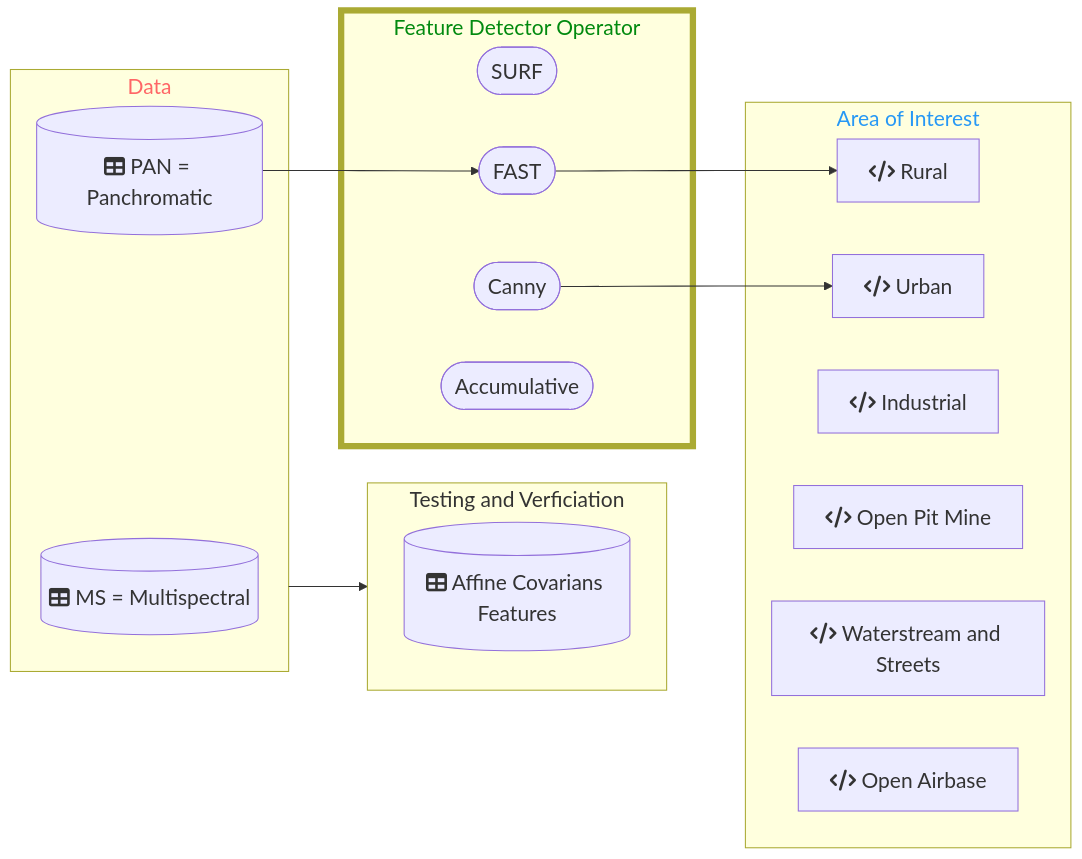
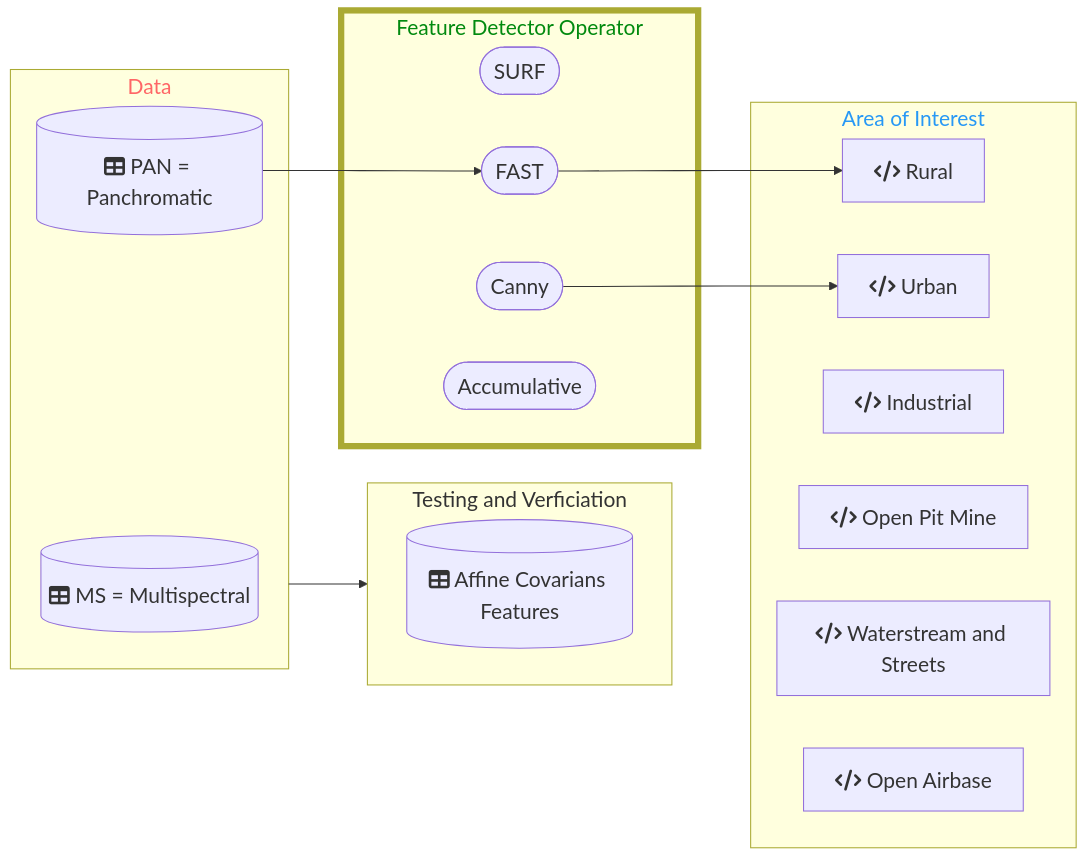
One commit to DippoldEJ/Feature-Detection-and-Explanation changed the diagram in Application/README.md. Above: the diagram before and after it, drawn with Mermaid.

````diff
--- a/Application/README.md
+++ b/Application/README.md
@@ -13,44 +13,45 @@
 ```mermaid
 flowchart LR;
 %%{init: {
 	'themeVariables': { 'fontSize': '20px', 'fontFamily': 'Didot'}
 	}
 }%%
 
  subgraph n[Data]
         g[(fa:fa-table MS = Multispectral)]
         h[(fa:fa-table PAN = Panchromatic)]
     end
 
  subgraph q[Testing and Verficiation]
+        direction RL
         r[(fa:fa-table Affine Covarians Features)]
     end
 
  subgraph o[Feature Detector Operator]
         j([SURF])
         k([FAST])
         l([Canny])
         m([Accumulative])
     end
 
 subgraph p[Area of Interest]
     a[fa:fa-code Rural]
     b[fa:fa-code Urban]
     c[fa:fa-code Industrial]
     d[fa:fa-code Open Pit Mine]
     e[fa:fa-code Waterstream and Streets]
     f[fa:fa-code Open Airbase]
     end
 
 style n color:#f66
 style o stroke-width:6px
 style o color:#028A0F
 style p color:#2798F5
 
 h-->k
 k-->a
 l-->b
 n-->q
 
 
 ```
````
